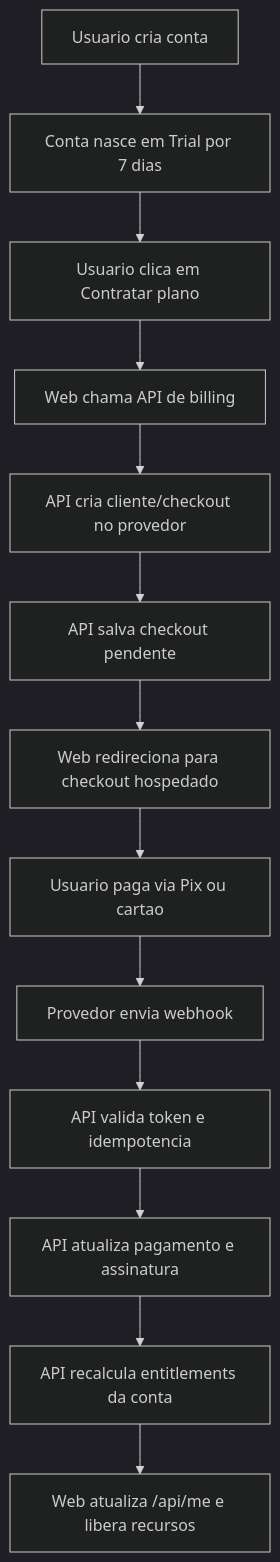
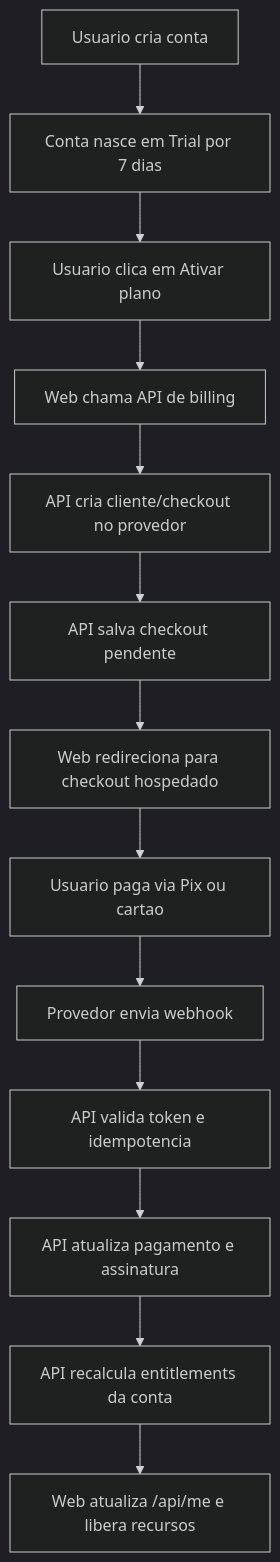
The first of 2 diagrams in docs/product/sistema-pagamentos-assinaturas.md (brunoCarvalhoJr/emprely), drawn with Mermaid (dark theme) before and after one commit. The commit also changed other lines of this file and 151 other files, not shown here.

````diff
--- a/docs/product/sistema-pagamentos-assinaturas.md
+++ b/docs/product/sistema-pagamentos-assinaturas.md
@@ -362,15 +365,15 @@
 ```mermaid
 flowchart TD
     A["Usuario cria conta"] --> B["Conta nasce em Trial por 7 dias"]
-    B --> C["Usuario clica em Contratar plano"]
+    B --> C["Usuario clica em Ativar plano"]
     C --> D["Web chama API de billing"]
     D --> E["API cria cliente/checkout no provedor"]
     E --> F["API salva checkout pendente"]
     F --> G["Web redireciona para checkout hospedado"]
     G --> H["Usuario paga via Pix ou cartao"]
     H --> I["Provedor envia webhook"]
     I --> J["API valida token e idempotencia"]
     J --> K["API atualiza pagamento e assinatura"]
     K --> L["API recalcula entitlements da conta"]
     L --> M["Web atualiza /api/me e libera recursos"]
 ```
````
